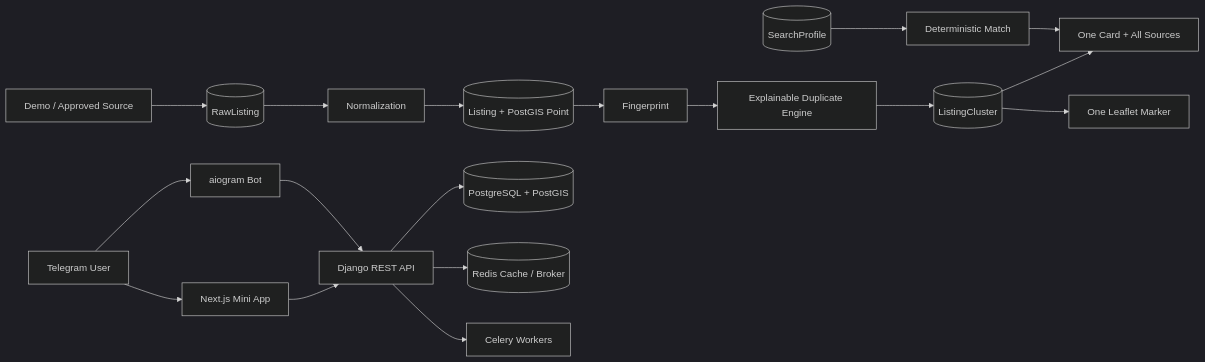
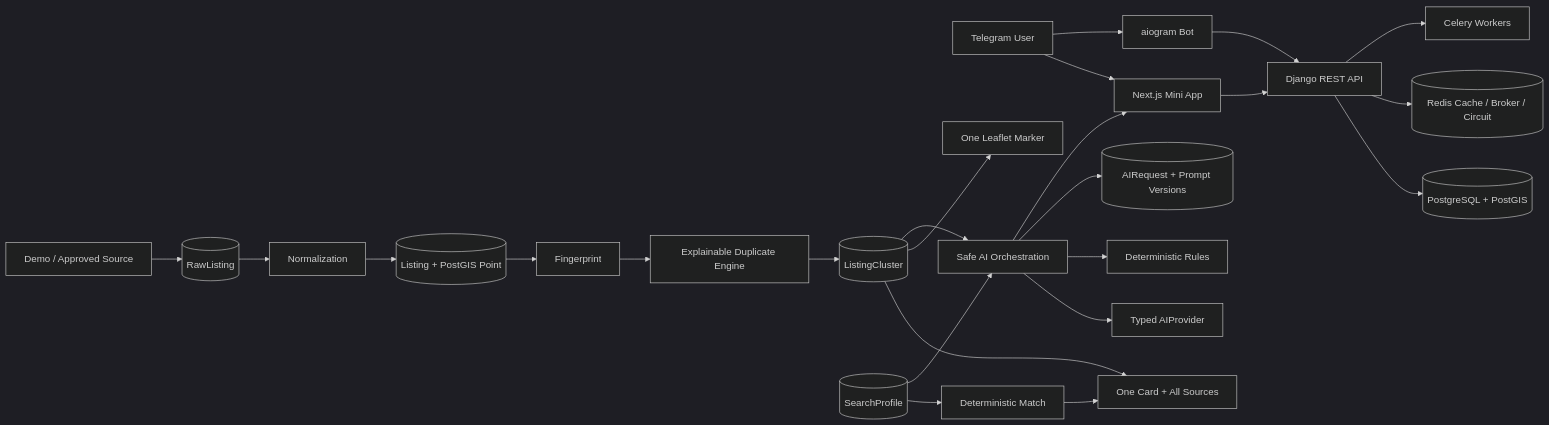
Before and after one commit to Ke1fosao/FlatHunter-AI: the diagram in README.md, drawn with Mermaid (dark theme). The commit also changed other lines of this file, not shown here.

````diff
--- a/README.md
+++ b/README.md
@@ -34,20 +40,26 @@
 ```mermaid
 flowchart LR
     TG[Telegram User] --> MINI[Next.js Mini App]
     TG --> BOT[aiogram Bot]
     MINI --> API[Django REST API]
     BOT --> API
     SOURCE[Demo / Approved Source] --> RAW[(RawListing)]
     RAW --> NORMALIZE[Normalization]
     NORMALIZE --> LISTING[(Listing + PostGIS Point)]
     LISTING --> FP[Fingerprint]
     FP --> DUP[Explainable Duplicate Engine]
     DUP --> CLUSTER[(ListingCluster)]
     PROFILE[(SearchProfile)] --> MATCH[Deterministic Match]
     CLUSTER --> FEED[One Card + All Sources]
     CLUSTER --> MAP[One Leaflet Marker]
     MATCH --> FEED
+    PROFILE --> AI[Safe AI Orchestration]
+    CLUSTER --> AI
+    AI --> PROVIDER[Typed AIProvider]
+    AI --> FALLBACK[Deterministic Rules]
+    AI --> AUDIT[(AIRequest + Prompt Versions)]
+    AI --> MINI
     API --> DB[(PostgreSQL + PostGIS)]
-    API --> REDIS[(Redis Cache / Broker)]
+    API --> REDIS[(Redis Cache / Broker / Circuit)]
     API --> CELERY[Celery Workers]
 ```
````
